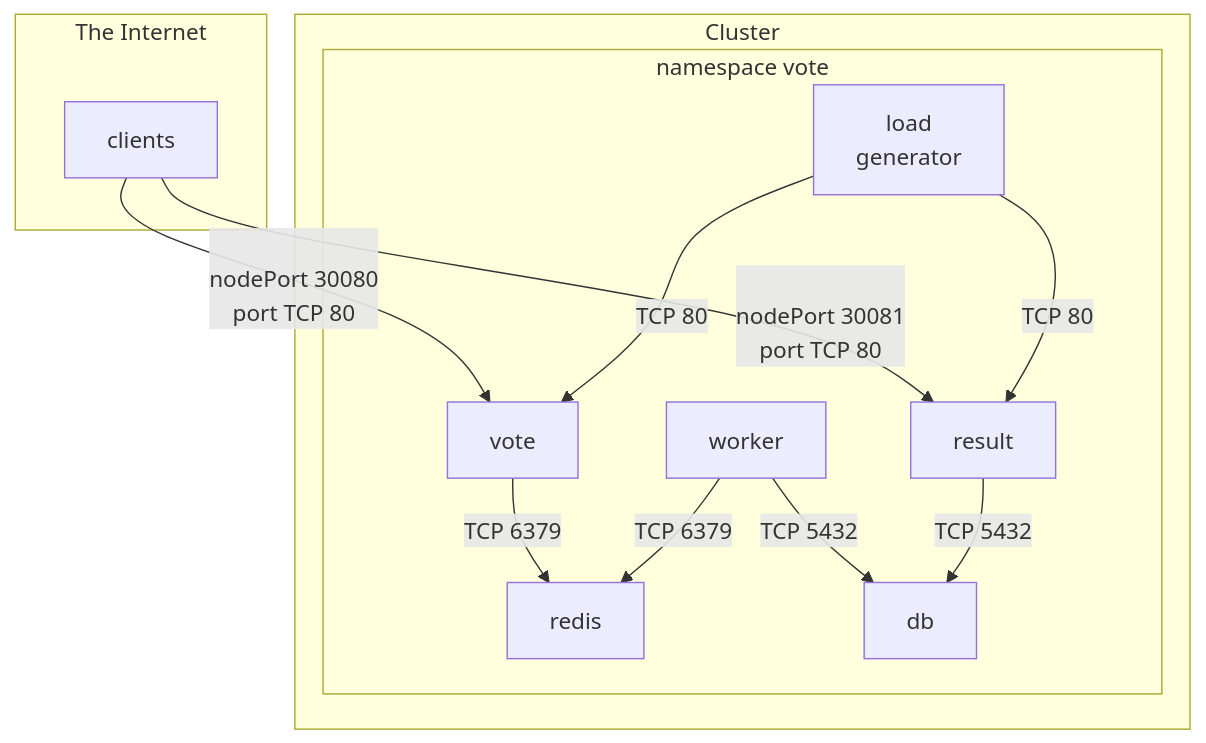
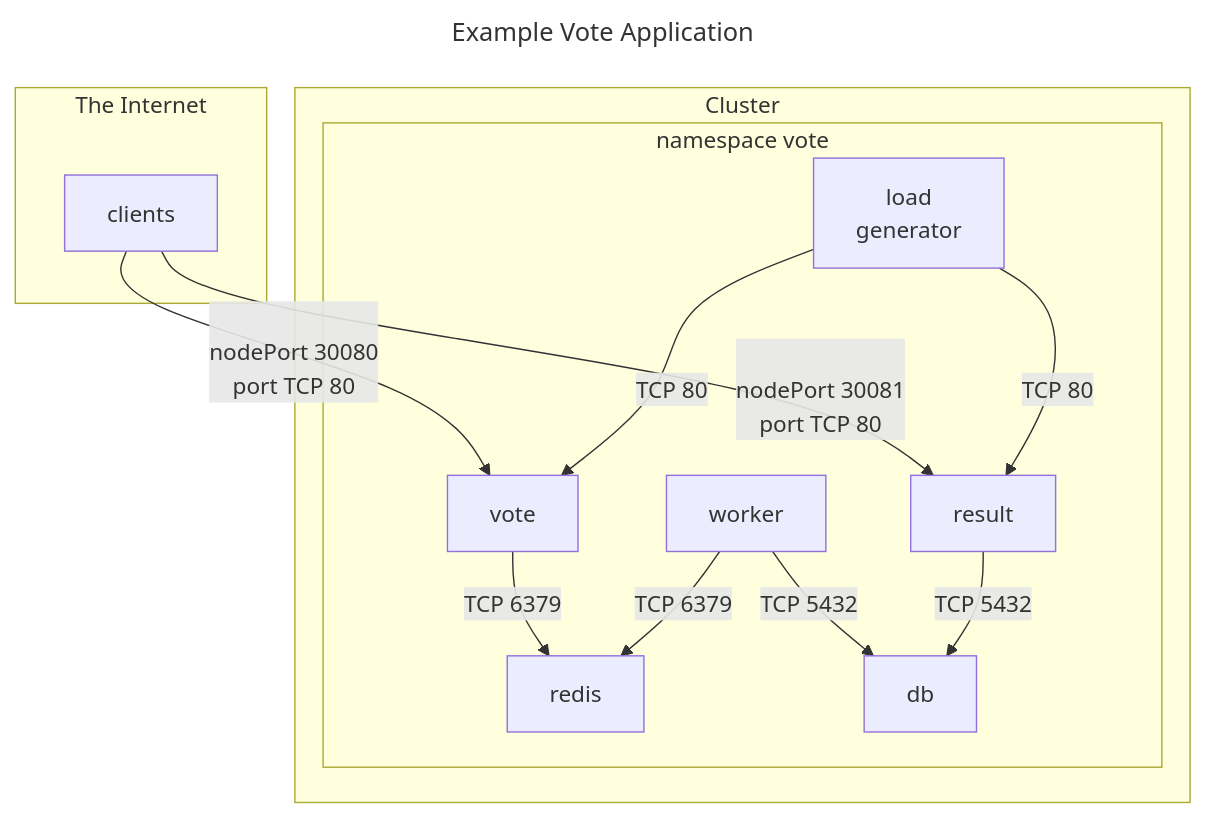
Before and after one commit to regisftm/owasp-toronto: the first of 7 diagrams in README.md, drawn with Mermaid. The commit also changed other lines of this file, not shown here.

````diff
--- a/README.md
+++ b/README.md
@@ -52,24 +52,27 @@
 ```mermaid
+---
+title: Example Vote Application
+---
 flowchart TD
 subgraph The Internet
     Z[clients]
 end
 Z -->|\nnodePort 30080 \n port TCP 80| B
 Z -->|\nnodePort 30081 \n port TCP 80| F
 subgraph Cluster
     subgraph namespace vote
         A[load\n generator]
         B[vote]
         C[redis]
         D[worker] 
         E[db]
         F[result]
     end
     A -->|TCP 80| B
     A -->|TCP 80| F
     B -->|TCP 6379| C
     D -->|TCP 6379| C
     D -->|TCP 5432| E
     F -->|TCP 5432| E
 end
 ```
````
